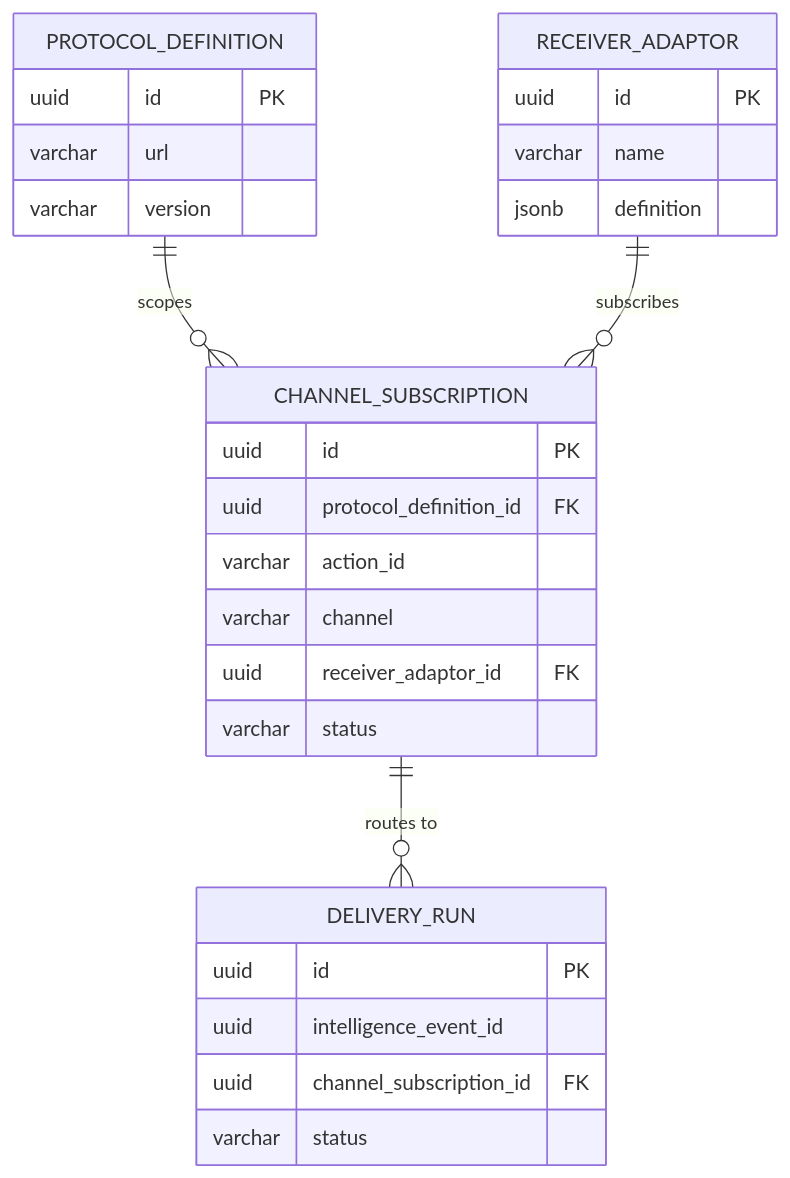
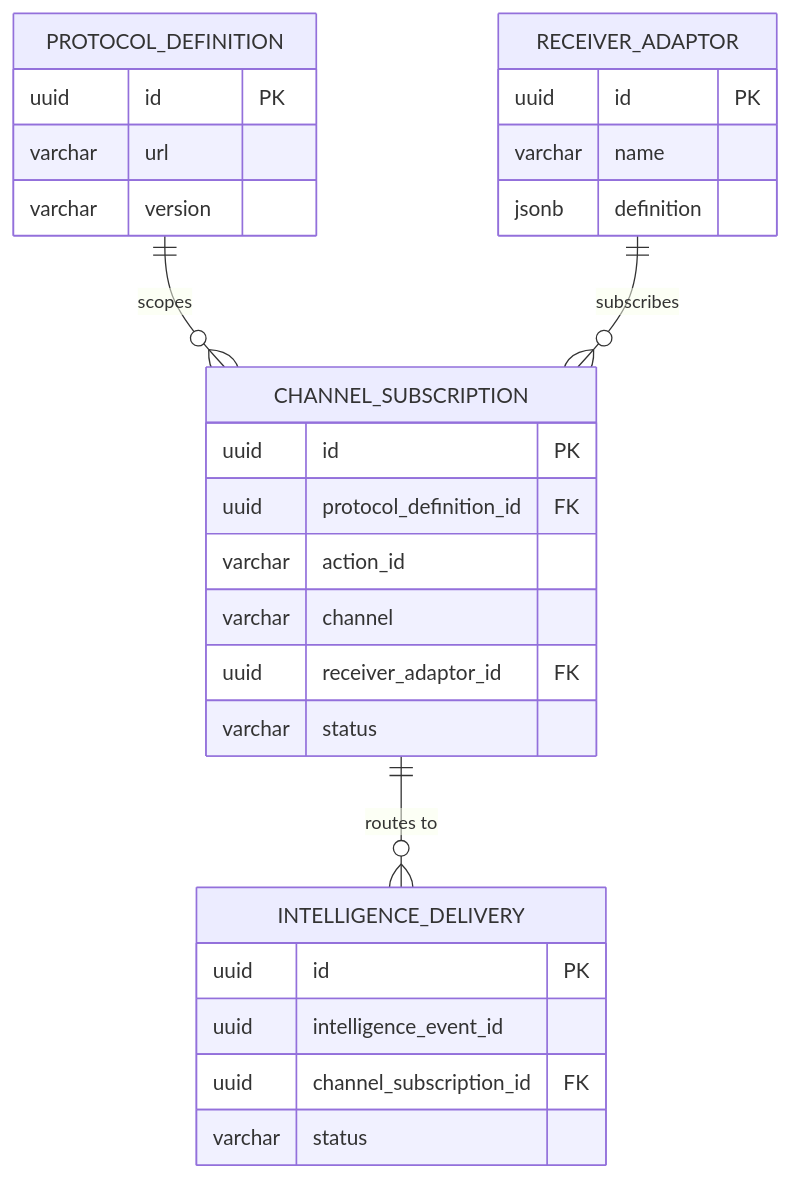
Before and after one commit to Jayaprakash8887/cce-intelligence-service: the fourth of 6 diagrams in docs/architecture-overview.md, drawn with Mermaid. The commit also changed other lines of this file and 6 other files, not shown here.

First line of the commit message:
refactor: rename delivery_run and related entities to intelligence_delivery

````diff
--- a/docs/architecture-overview.md
+++ b/docs/architecture-overview.md
@@ -419,34 +419,34 @@
 ```mermaid
 erDiagram
     PROTOCOL_DEFINITION ||--o{ CHANNEL_SUBSCRIPTION : "scopes"
     RECEIVER_ADAPTOR ||--o{ CHANNEL_SUBSCRIPTION : "subscribes"
-    CHANNEL_SUBSCRIPTION ||--o{ DELIVERY_RUN : "routes to"
+    CHANNEL_SUBSCRIPTION ||--o{ INTELLIGENCE_DELIVERY : "routes to"
 
     PROTOCOL_DEFINITION {
         uuid id PK
         varchar url
         varchar version
     }
 
     CHANNEL_SUBSCRIPTION {
         uuid id PK
         uuid protocol_definition_id FK
         varchar action_id
         varchar channel
         uuid receiver_adaptor_id FK
         varchar status
     }
 
     RECEIVER_ADAPTOR {
         uuid id PK
         varchar name
         jsonb definition
     }
 
-    DELIVERY_RUN {
+    INTELLIGENCE_DELIVERY {
         uuid id PK
         uuid intelligence_event_id
         uuid channel_subscription_id FK
         varchar status
     }
 ```
````
